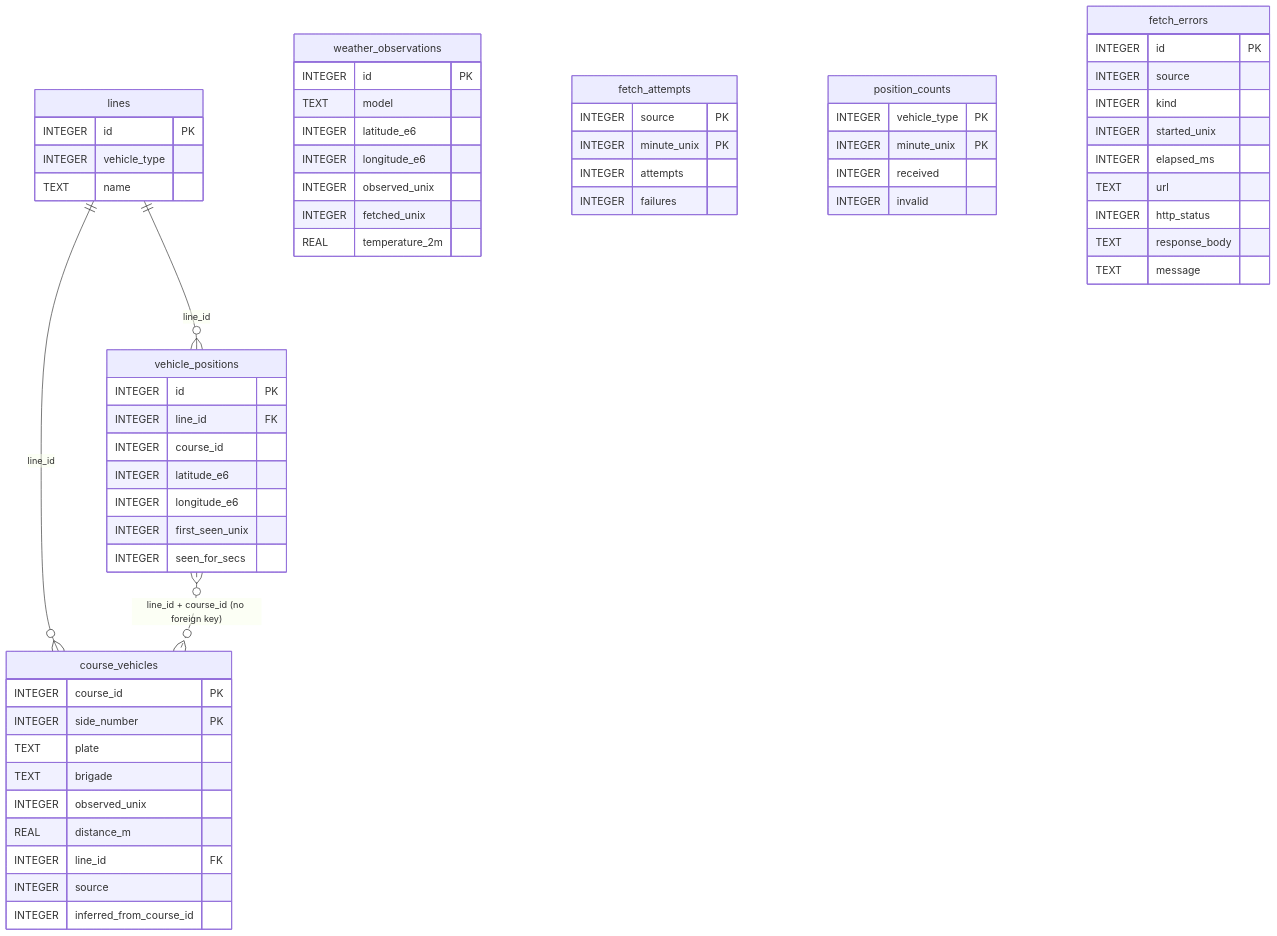
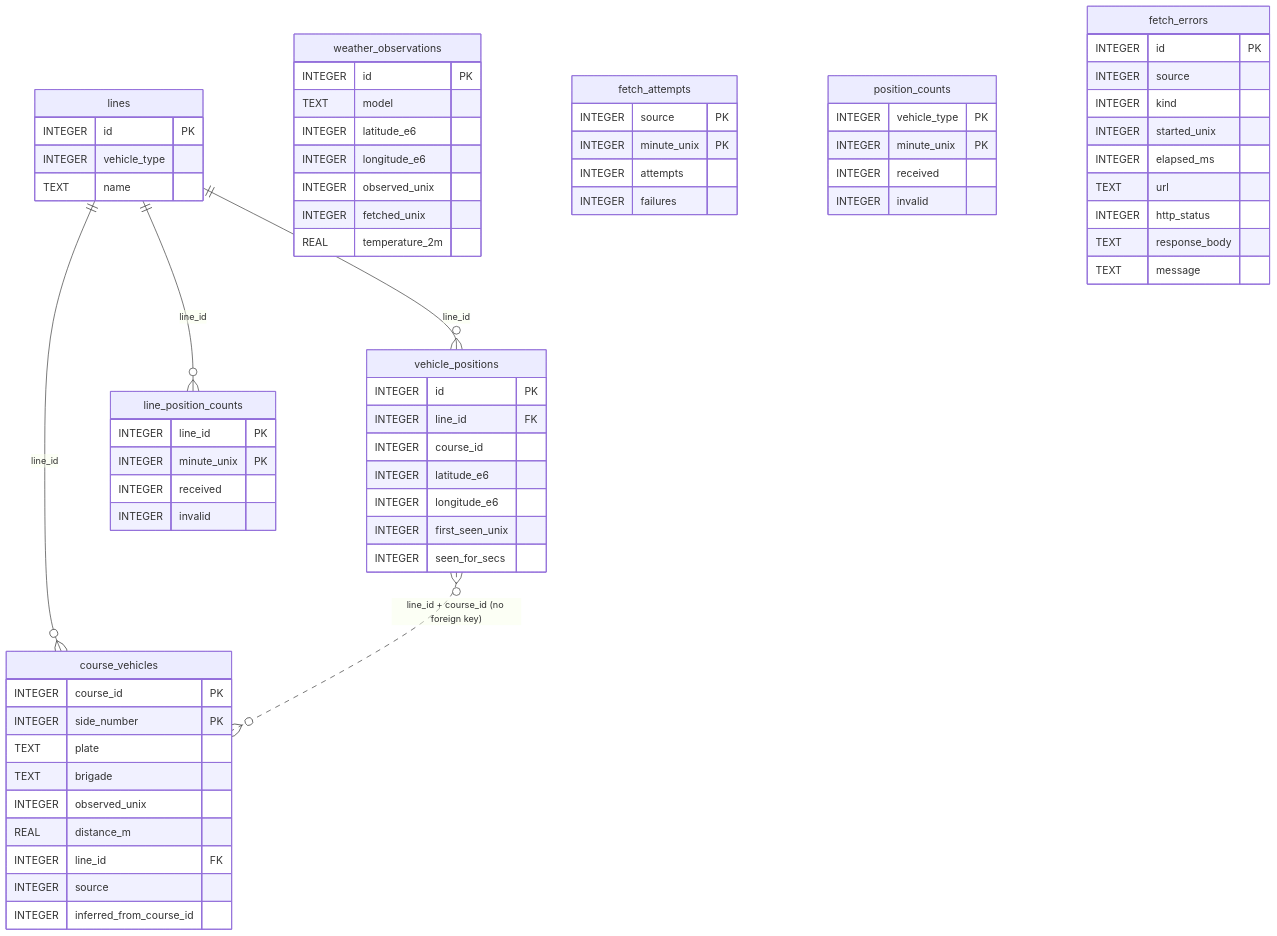
Before and after one commit to tumdum/mpk-history: the diagram in docs/database.md, drawn with Mermaid. The commit also changed other lines of this file and 11 other files, not shown here.

````diff
--- a/docs/database.md
+++ b/docs/database.md
@@ -53,63 +53,70 @@
 ```mermaid
 erDiagram
     lines ||--o{ vehicle_positions : "line_id"
     lines ||--o{ course_vehicles : "line_id"
+    lines ||--o{ line_position_counts : "line_id"
     vehicle_positions }o..o{ course_vehicles : "line_id + course_id (no foreign key)"
     lines {
         INTEGER id PK
         INTEGER vehicle_type
         TEXT name
     }
     vehicle_positions {
         INTEGER id PK
         INTEGER line_id FK
         INTEGER course_id
         INTEGER latitude_e6
         INTEGER longitude_e6
         INTEGER first_seen_unix
         INTEGER seen_for_secs
     }
     course_vehicles {
         INTEGER course_id PK
         INTEGER side_number PK
         TEXT plate
         TEXT brigade
         INTEGER observed_unix
         REAL distance_m
         INTEGER line_id FK
         INTEGER source
         INTEGER inferred_from_course_id
     }
     weather_observations {
         INTEGER id PK
         TEXT model
         INTEGER latitude_e6
         INTEGER longitude_e6
         INTEGER observed_unix
         INTEGER fetched_unix
         REAL temperature_2m
     }
     fetch_attempts {
         INTEGER source PK
         INTEGER minute_unix PK
         INTEGER attempts
         INTEGER failures
     }
     position_counts {
         INTEGER vehicle_type PK
         INTEGER minute_unix PK
         INTEGER received
         INTEGER invalid
     }
+    line_position_counts {
+        INTEGER line_id PK
+        INTEGER minute_unix PK
+        INTEGER received
+        INTEGER invalid
+    }
     fetch_errors {
         INTEGER id PK
         INTEGER source
         INTEGER kind
         INTEGER started_unix
         INTEGER elapsed_ms
         TEXT url
         INTEGER http_status
         TEXT response_body
         TEXT message
     }
 ```
````
